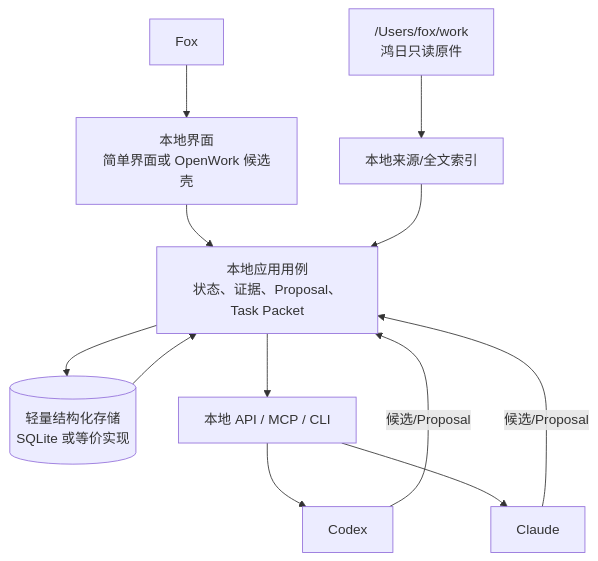
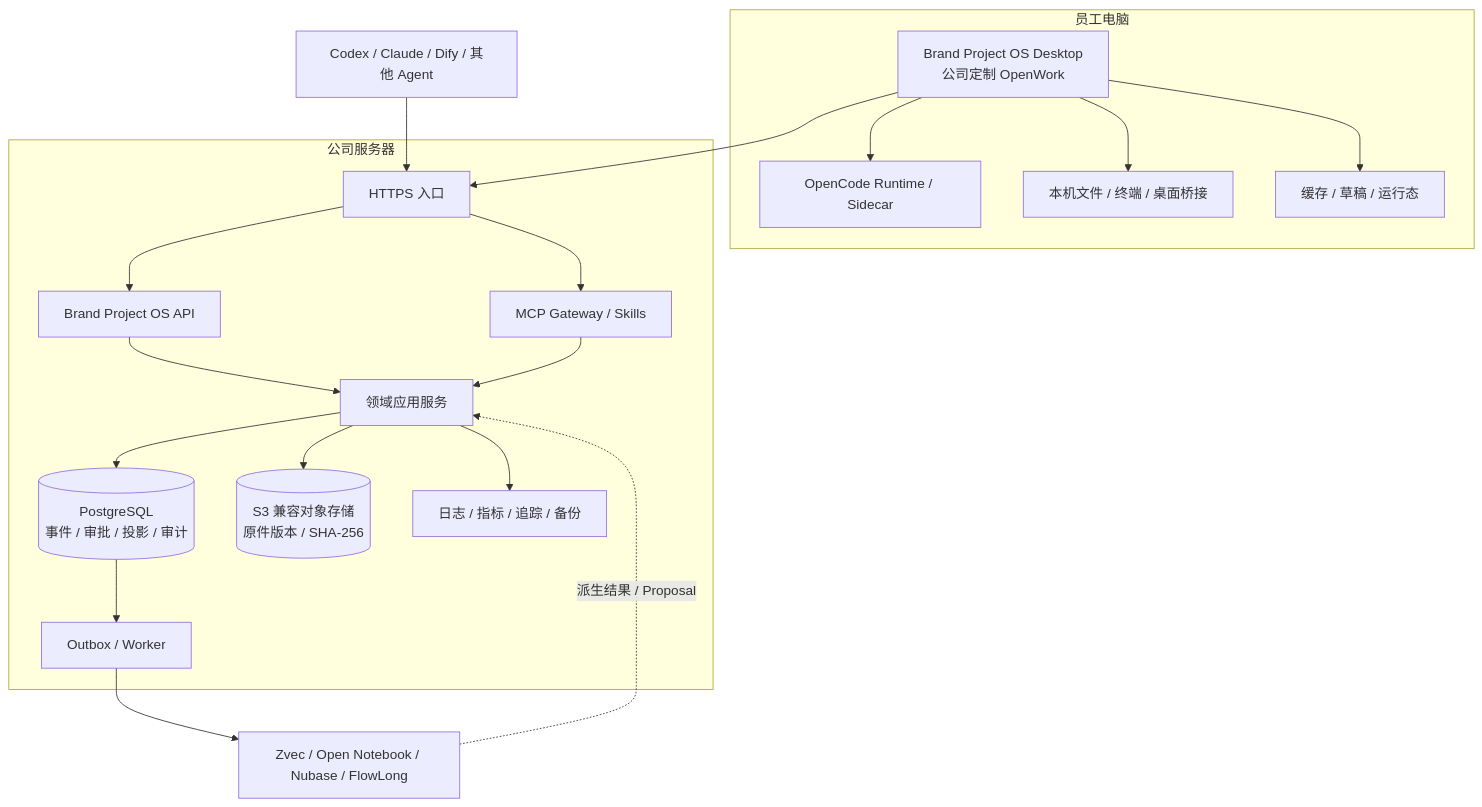
The diagram in docs/analysis/deployment-topology-evaluation.md (xingranya/fox), drawn with Mermaid before and after one commit. The commit also changed other lines of this file and 35 other files, not shown here.

````diff
--- a/docs/analysis/deployment-topology-evaluation.md
+++ b/docs/analysis/deployment-topology-evaluation.md
@@ -17,22 +33,35 @@
 ```mermaid
 flowchart TB
-    FOX["Fox"]
-    UI["本地界面\n简单界面或 OpenWork 候选壳"]
-    API["本地应用用例\n状态、证据、Proposal、Task Packet"]
-    STORE[("轻量结构化存储\nSQLite 或等价实现")]
-    FILES["/Users/fox/work\n鸿日只读原件"]
-    INDEX["本地来源/全文索引"]
-    MCP["本地 API / MCP / CLI"]
-    CODEX["Codex"]
-    CLAUDE["Claude"]
+    subgraph DEVICE["员工电脑"]
+        DESKTOP["Brand Project OS Desktop\n公司定制 OpenWork"]
+        RUNTIME["OpenCode Runtime / Sidecar"]
+        BRIDGE["本机文件 / 终端 / 桌面桥接"]
+        CACHE["缓存 / 草稿 / 运行态"]
+        DESKTOP --> RUNTIME
+        DESKTOP --> BRIDGE
+        DESKTOP --> CACHE
+    end
 
-    FOX --> UI --> API
-    FILES --> INDEX --> API
-    API --> STORE
-    STORE --> API
-    API --> MCP
-    MCP --> CODEX
-    MCP --> CLAUDE
-    CODEX -->|"候选/Proposal"| API
-    CLAUDE -->|"候选/Proposal"| API
+    subgraph COMPANY["公司服务器"]
+        EDGE["HTTPS 入口"]
+        API["Brand Project OS API"]
+        MCP["MCP Gateway / Skills"]
+        APP["领域应用服务"]
+        PG[("PostgreSQL\n事件 / 审批 / 投影 / 审计")]
+        OBJ[("S3 兼容对象存储\n原件版本 / SHA-256")]
+        JOB["Outbox / Worker"]
+        OBS["日志 / 指标 / 追踪 / 备份"]
+
+        EDGE --> API --> APP
+        EDGE --> MCP --> APP
+        APP --> PG
+        APP --> OBJ
+        PG --> JOB
+        APP --> OBS
+    end
+
+    DESKTOP --> EDGE
+    AGENT["Codex / Claude / Dify / 其他 Agent"] --> EDGE
+    JOB --> ADAPTERS["Zvec / Open Notebook / Nubase / FlowLong"]
+    ADAPTERS -. "派生结果 / Proposal" .-> APP
 ```
````
